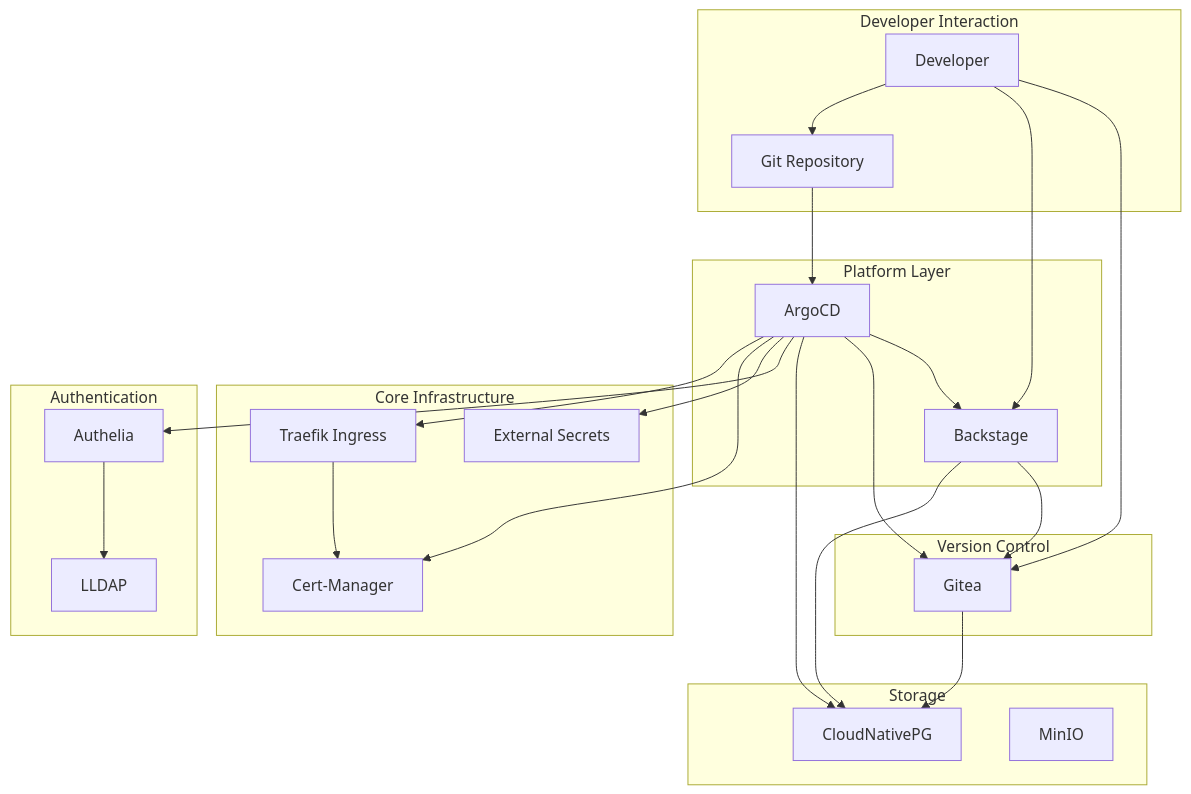
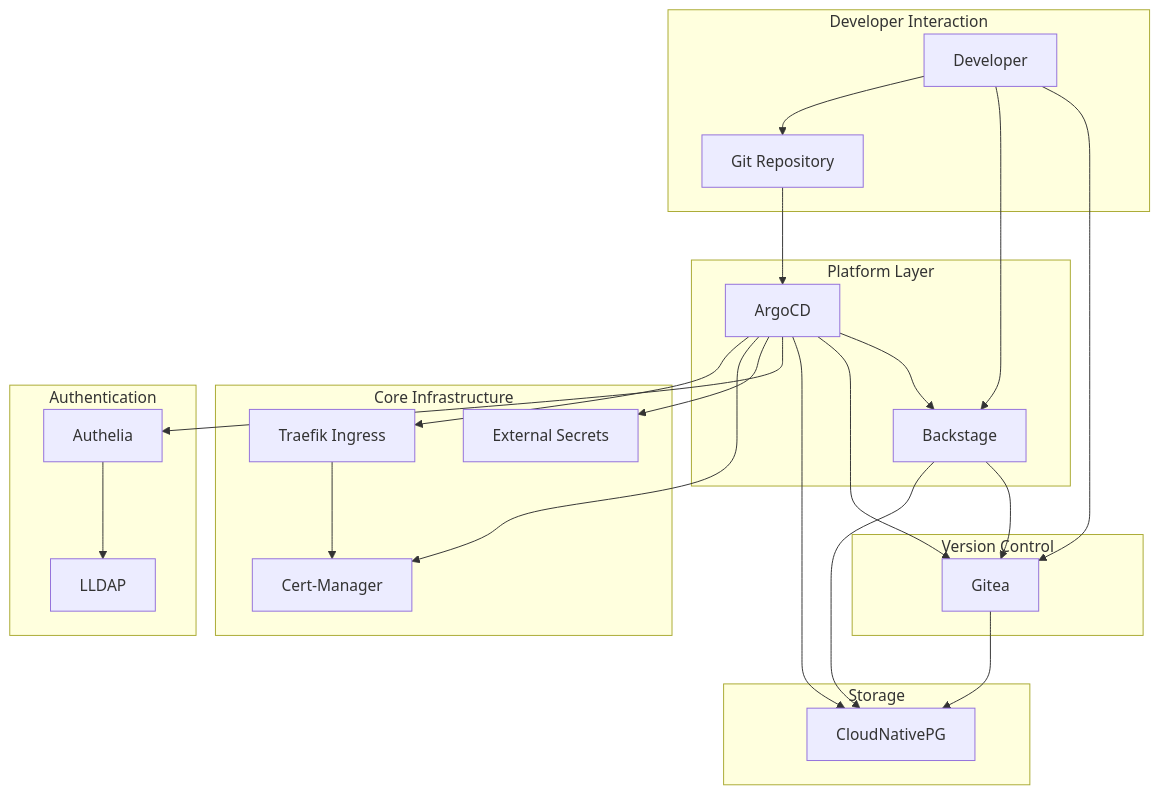
The first of 3 diagrams in docs/architecture/overview.md (BillyMichael/local-developer-platform), drawn with Mermaid before and after one commit. The commit also changed other lines of this file and 10 other files, not shown here.

````diff
--- a/docs/architecture/overview.md
+++ b/docs/architecture/overview.md
@@ -7,51 +7,50 @@
 ```mermaid
 graph TB
     subgraph "Developer Interaction"
         DEV[Developer]
         GIT[Git Repository]
     end
 
     subgraph "Platform Layer"
         ARGO[ArgoCD]
         BACK[Backstage]
     end
 
     subgraph "Core Infrastructure"
         TRAEFIK[Traefik Ingress]
         CERT[Cert-Manager]
         ESO[External Secrets]
     end
 
     subgraph "Authentication"
         AUTH[Authelia]
         LDAP[LLDAP]
     end
 
     subgraph "Storage"
         PG[CloudNativePG]
-        MINIO[MinIO]
     end
 
     subgraph "Version Control"
         GITEA[Gitea]
     end
 
     DEV --> GIT
     GIT --> ARGO
     DEV --> BACK
     DEV --> GITEA
 
     ARGO --> TRAEFIK
     ARGO --> CERT
     ARGO --> ESO
     ARGO --> AUTH
     ARGO --> PG
     ARGO --> GITEA
     ARGO --> BACK
 
     AUTH --> LDAP
     TRAEFIK --> CERT
     GITEA --> PG
     BACK --> PG
     BACK --> GITEA
 ```
````
